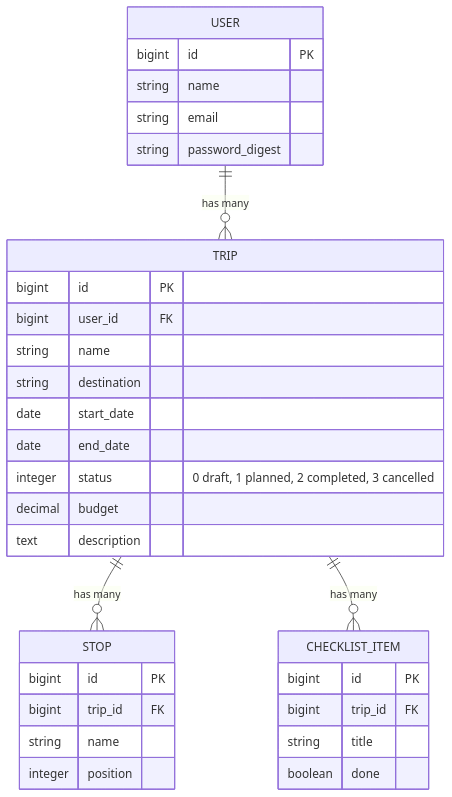
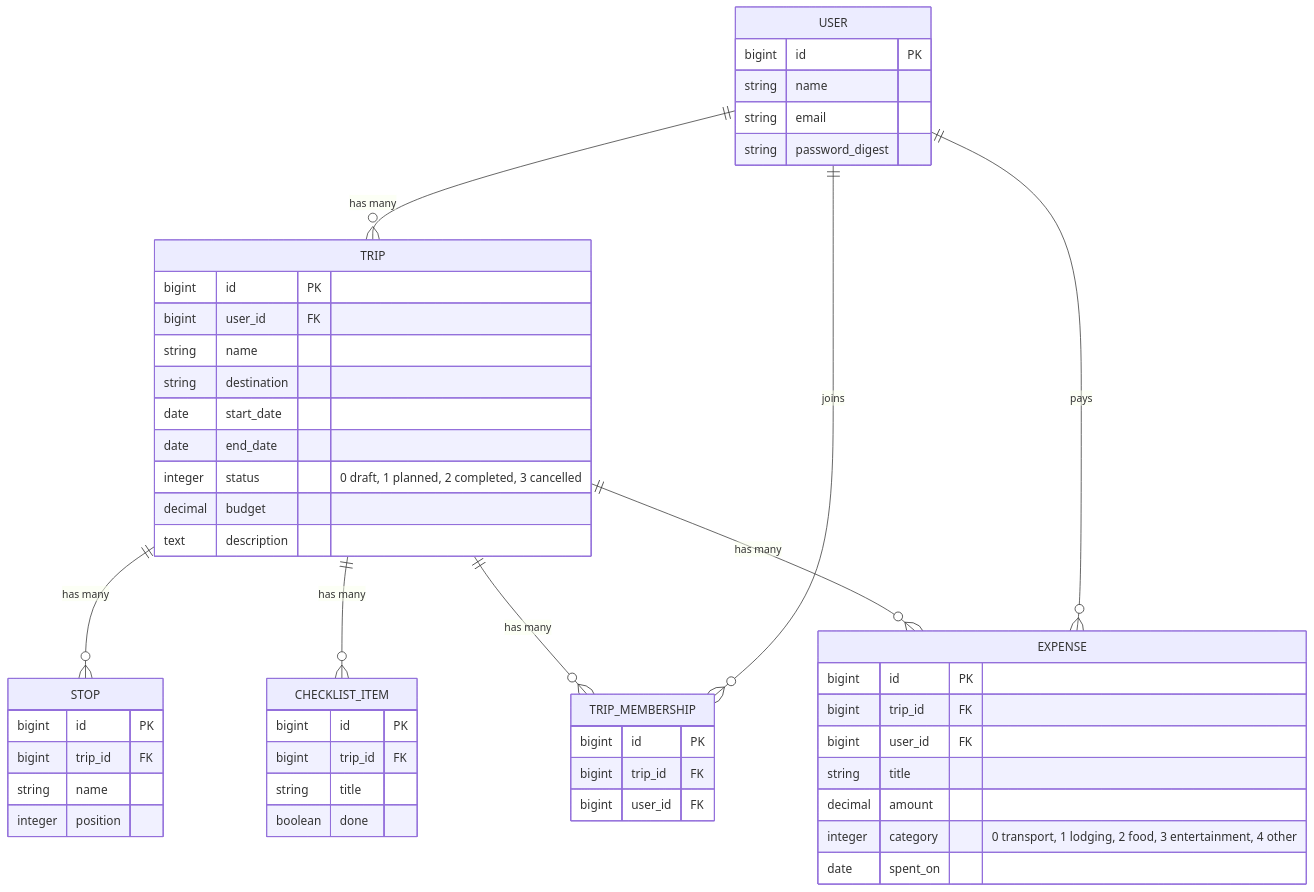
The diagram in README.md (DRXor/travel_tracker), drawn with Mermaid before and after one commit. The commit also changed 38 other files, not shown here.

````diff
--- a/README.md
+++ b/README.md
@@ -25,36 +25,54 @@
 ```mermaid
 erDiagram
     USER ||--o{ TRIP : "has many"
     TRIP ||--o{ STOP : "has many"
     TRIP ||--o{ CHECKLIST_ITEM : "has many"
 
     USER {
         bigint id PK
         string name
         string email
         string password_digest
     }
     TRIP {
         bigint id PK
         bigint user_id FK
         string name
         string destination
         date start_date
         date end_date
         integer status "0 draft, 1 planned, 2 completed, 3 cancelled"
         decimal budget
         text description
     }
     STOP {
         bigint id PK
         bigint trip_id FK
         string name
         integer position
     }
     CHECKLIST_ITEM {
         bigint id PK
         bigint trip_id FK
         string title
         boolean done
     }
+    TRIP ||--o{ TRIP_MEMBERSHIP : "has many"
+    USER ||--o{ TRIP_MEMBERSHIP : "joins"
+    TRIP ||--o{ EXPENSE : "has many"
+    USER ||--o{ EXPENSE : "pays"
+    TRIP_MEMBERSHIP {
+        bigint id PK
+        bigint trip_id FK
+        bigint user_id FK
+    }
+    EXPENSE {
+        bigint id PK
+        bigint trip_id FK
+        bigint user_id FK
+        string title
+        decimal amount
+        integer category "0 transport, 1 lodging, 2 food, 3 entertainment, 4 other"
+        date spent_on
+    }
 ```
````
